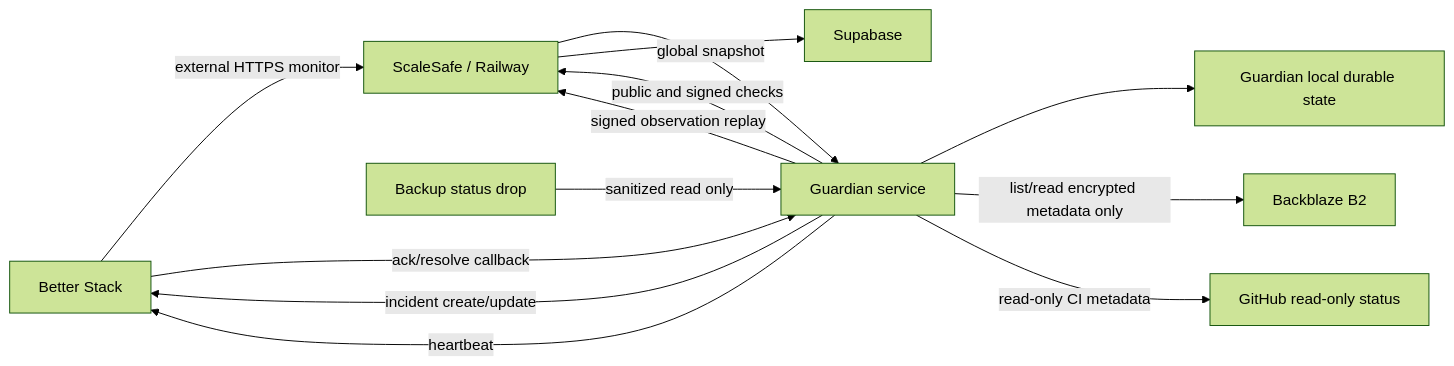
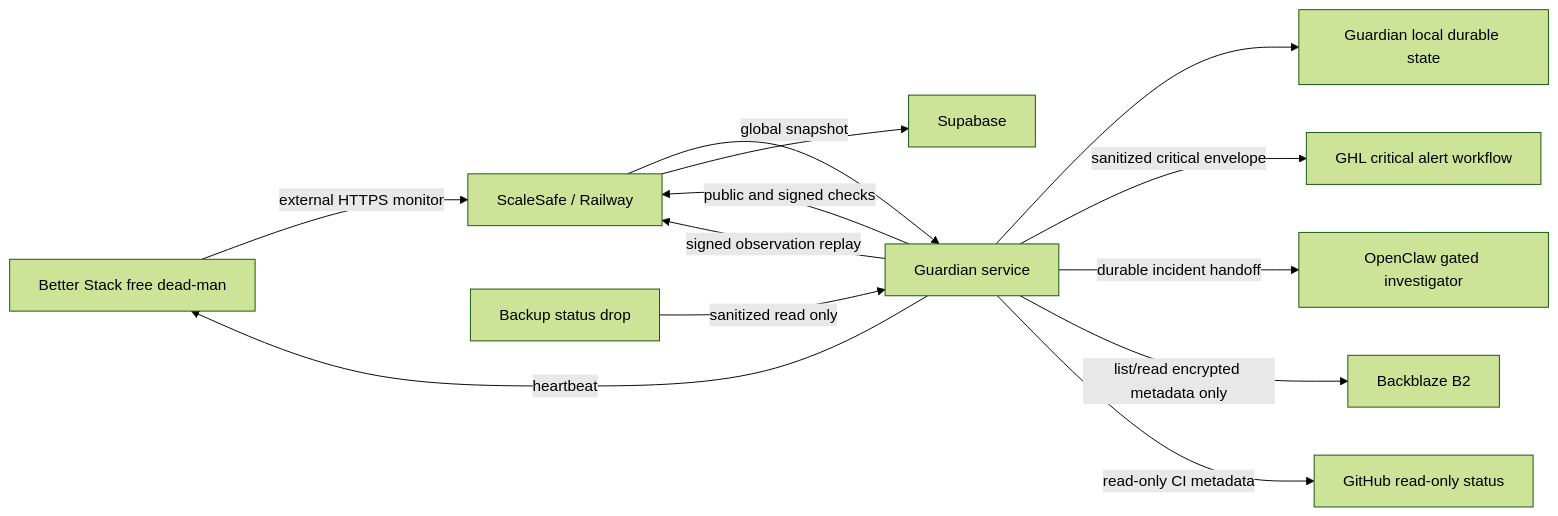
Before and after one commit to Pkorn79/ScaleSafe: the diagram in docs/COMMAND_CENTER_PHASE_3_IMPLEMENTATION_AND_CERTIFICATION.md, drawn with Mermaid (forest theme). The commit also changed other lines of this file and 13 other files, not shown here.

````diff
--- a/docs/COMMAND_CENTER_PHASE_3_IMPLEMENTATION_AND_CERTIFICATION.md
+++ b/docs/COMMAND_CENTER_PHASE_3_IMPLEMENTATION_AND_CERTIFICATION.md
@@ -174,24 +220,26 @@
 ```mermaid
 flowchart LR
-  BS["Better Stack"]
+  BS["Better Stack free dead-man"]
   G["Guardian service"]
   GS["Guardian local durable state"]
+  OC["OpenClaw gated investigator"]
+  GHL["GHL critical alert workflow"]
   SS["ScaleSafe / Railway"]
   DB["Supabase"]
   BK["Backup status drop"]
   B2["Backblaze B2"]
   GH["GitHub read-only status"]
 
   BS -->|"external HTTPS monitor"| SS
   G -->|"public and signed checks"| SS
   SS -->|"global snapshot"| G
   SS --> DB
   G --> GS
-  G -->|"incident create/update"| BS
-  BS -->|"ack/resolve callback"| G
   G -->|"heartbeat"| BS
+  G -->|"sanitized critical envelope"| GHL
+  G -->|"durable incident handoff"| OC
   BK -->|"sanitized read only"| G
   G -->|"list/read encrypted metadata only"| B2
   G -->|"read-only CI metadata"| GH
   G -->|"signed observation replay"| SS
 ```
````
